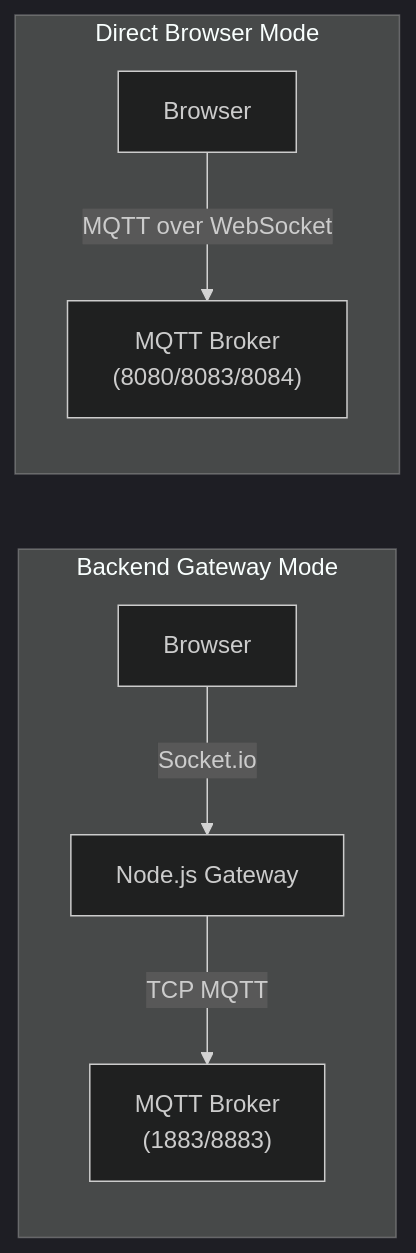
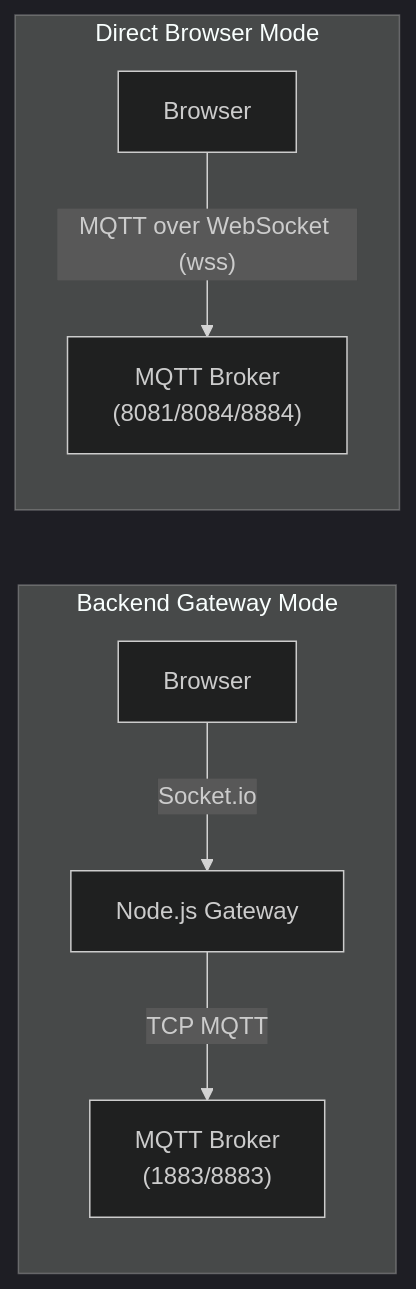
The fourth of 4 diagrams in README.md (nimish-nirmal/uns-sentinel-explorer), drawn with Mermaid (dark theme) before and after one commit. The commit also changed other lines of this file and 4 other files, not shown here.

Commit message:
docs: update WebSocket ports to WSS and add mixed content notes

````diff
--- a/README.md
+++ b/README.md
@@ -391,10 +395,10 @@
 ```mermaid
 flowchart LR
     subgraph GatewayMode["Backend Gateway Mode"]
         Browser1["Browser"] -->|"Socket.io"| Gateway1["Node.js Gateway"]
         Gateway1 -->|"TCP MQTT"| Broker1["MQTT Broker\n(1883/8883)"]
     end
     subgraph BrowserMode["Direct Browser Mode"]
-        Browser2["Browser"] -->|"MQTT over WebSocket"| Broker2["MQTT Broker\n(8080/8083/8084)"]
+        Browser2["Browser"] -->|"MQTT over WebSocket (wss)"| Broker2["MQTT Broker\n(8081/8084/8884)"]
     end
 ```
````
